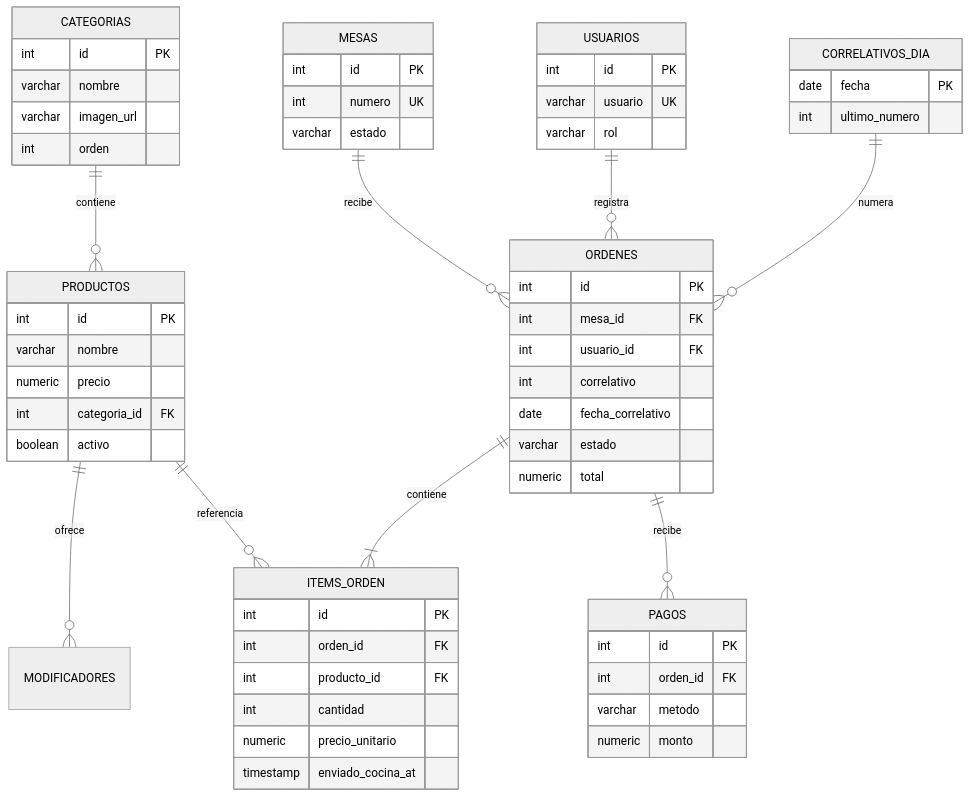
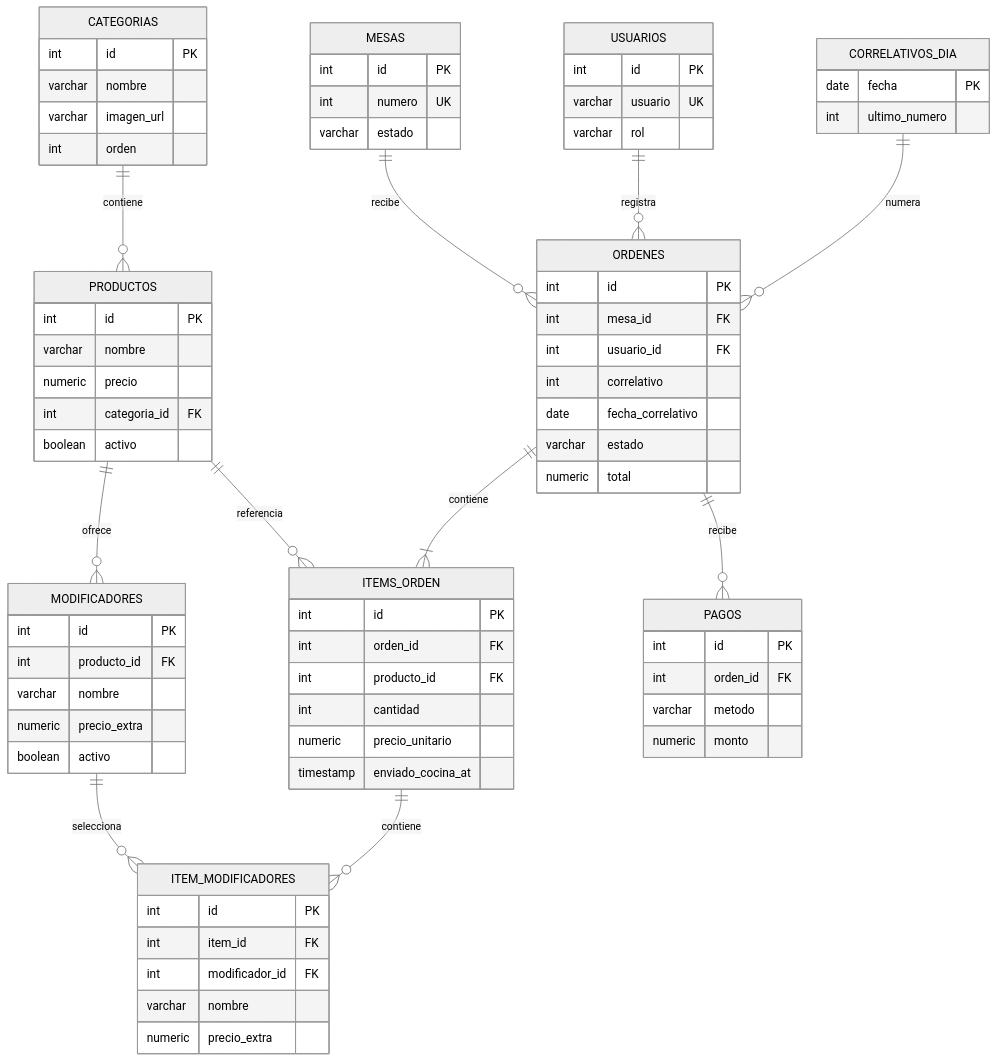
Before and after one commit to SebastianGalindo2o26/Cmmd: the diagram in docs/modelo-datos.md, drawn with Mermaid (neutral theme). The commit also changed 22 other files, not shown here.

````diff
--- a/docs/modelo-datos.md
+++ b/docs/modelo-datos.md
@@ -3,62 +3,78 @@
 ```mermaid
 erDiagram
   CATEGORIAS ||--o{ PRODUCTOS : contiene
   PRODUCTOS ||--o{ MODIFICADORES : ofrece
   MESAS ||--o{ ORDENES : recibe
   USUARIOS ||--o{ ORDENES : registra
   ORDENES ||--|{ ITEMS_ORDEN : contiene
   PRODUCTOS ||--o{ ITEMS_ORDEN : referencia
+  MODIFICADORES ||--o{ ITEM_MODIFICADORES : selecciona
+  ITEMS_ORDEN ||--o{ ITEM_MODIFICADORES : contiene
   ORDENES ||--o{ PAGOS : recibe
   CORRELATIVOS_DIA ||--o{ ORDENES : numera
 
   CATEGORIAS {
     int id PK
     varchar nombre
     varchar imagen_url
     int orden
   }
   PRODUCTOS {
     int id PK
     varchar nombre
     numeric precio
     int categoria_id FK
     boolean activo
   }
   MESAS {
     int id PK
     int numero UK
     varchar estado
   }
   USUARIOS {
     int id PK
     varchar usuario UK
     varchar rol
   }
   ORDENES {
     int id PK
     int mesa_id FK
     int usuario_id FK
     int correlativo
     date fecha_correlativo
     varchar estado
     numeric total
   }
   ITEMS_ORDEN {
     int id PK
     int orden_id FK
     int producto_id FK
     int cantidad
     numeric precio_unitario
     timestamp enviado_cocina_at
   }
+  MODIFICADORES {
+    int id PK
+    int producto_id FK
+    varchar nombre
+    numeric precio_extra
+    boolean activo
+  }
+  ITEM_MODIFICADORES {
+    int id PK
+    int item_id FK
+    int modificador_id FK
+    varchar nombre
+    numeric precio_extra
+  }
   PAGOS {
     int id PK
     int orden_id FK
     varchar metodo
     numeric monto
   }
   CORRELATIVOS_DIA {
     date fecha PK
     int ultimo_numero
   }
 ```
````
